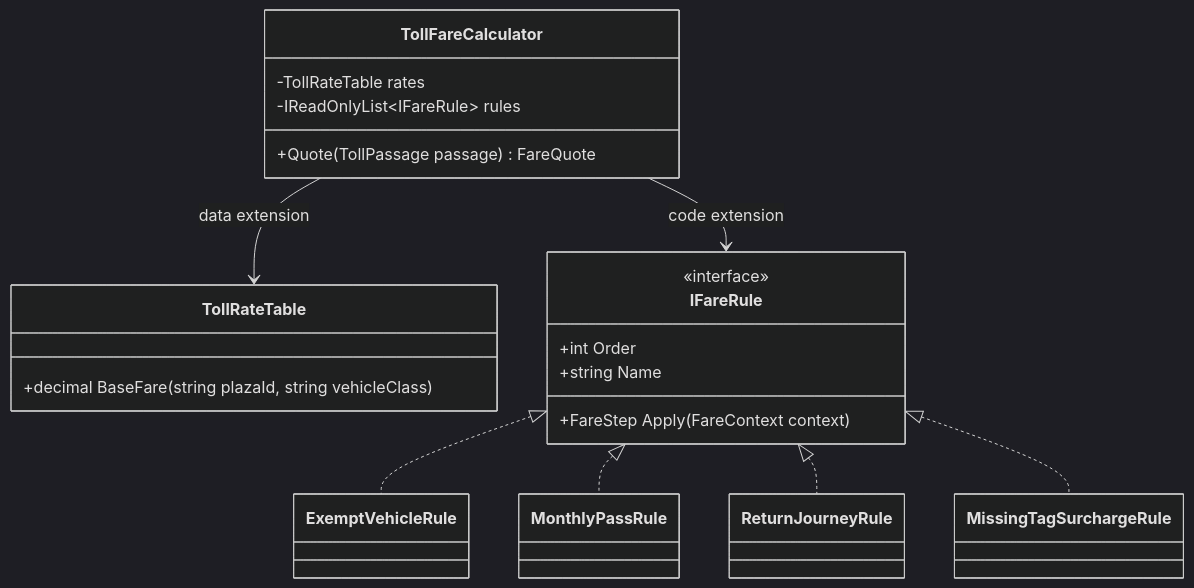
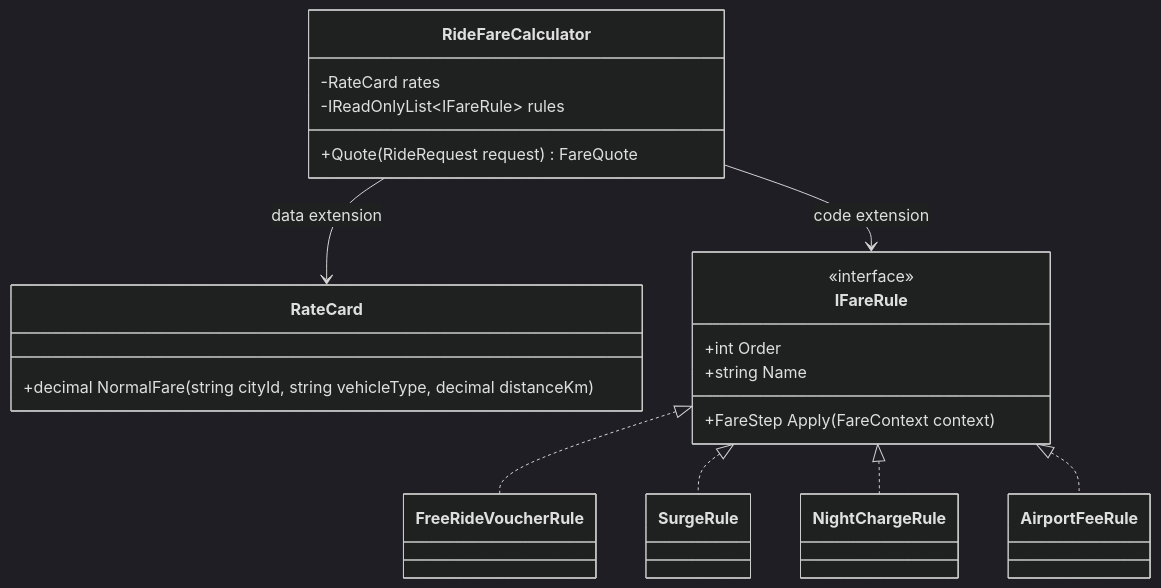
One commit to rizwi0786/system-design-lab changed the first of 3 diagrams in content/lessons/m04/m04-ocp.md. Above: the diagram before and after it, drawn with Mermaid (dark theme). The commit also changed other lines of this file and 334 other files, not shown here.

````diff
--- a/content/lessons/m04/m04-ocp.md
+++ b/content/lessons/m04/m04-ocp.md
@@ -129,27 +137,27 @@
 ```mermaid
 classDiagram
-    class TollFareCalculator {
-        -TollRateTable rates
+    class RideFareCalculator {
+        -RateCard rates
         -IReadOnlyList~IFareRule~ rules
-        +Quote(TollPassage passage) FareQuote
+        +Quote(RideRequest request) FareQuote
     }
-    class TollRateTable {
-        +decimal BaseFare(string plazaId, string vehicleClass)
+    class RateCard {
+        +decimal NormalFare(string cityId, string vehicleType, decimal distanceKm)
     }
     class IFareRule {
         <<interface>>
         +int Order
         +string Name
         +FareStep Apply(FareContext context)
     }
-    class ExemptVehicleRule
-    class MonthlyPassRule
-    class ReturnJourneyRule
-    class MissingTagSurchargeRule
-    TollFareCalculator --> TollRateTable : data extension
-    TollFareCalculator --> IFareRule : code extension
-    IFareRule <|.. ExemptVehicleRule
-    IFareRule <|.. MonthlyPassRule
-    IFareRule <|.. ReturnJourneyRule
-    IFareRule <|.. MissingTagSurchargeRule
+    class FreeRideVoucherRule
+    class SurgeRule
+    class NightChargeRule
+    class AirportFeeRule
+    RideFareCalculator --> RateCard : data extension
+    RideFareCalculator --> IFareRule : code extension
+    IFareRule <|.. FreeRideVoucherRule
+    IFareRule <|.. SurgeRule
+    IFareRule <|.. NightChargeRule
+    IFareRule <|.. AirportFeeRule
 ```
````
